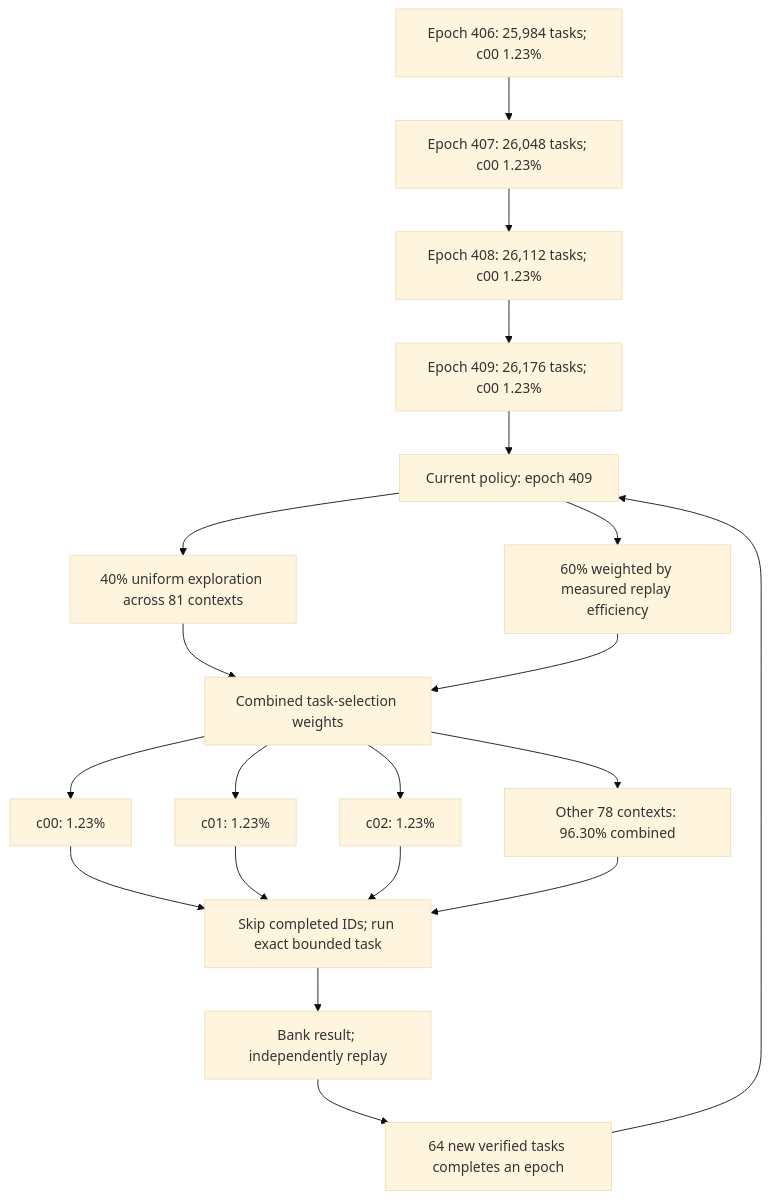
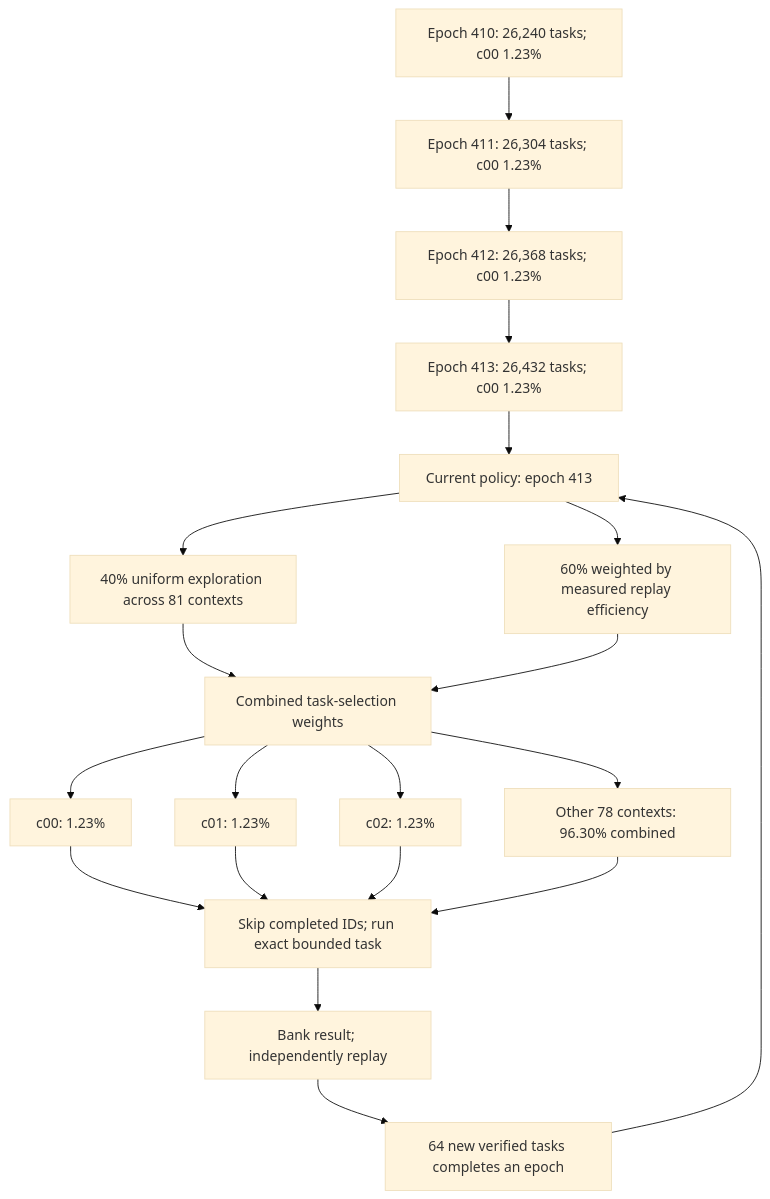
Before and after one commit to Kuberwastaken/math-gambling: the first of 2 diagrams in README.md, drawn with Mermaid (base theme). The commit also changed other lines of this file and 593 other files, not shown here.

````diff
--- a/README.md
+++ b/README.md
@@ -50,27 +50,27 @@
 ```mermaid
 flowchart TD
-    H0["Epoch 406: 25,984 tasks; c00 1.23%"]
-    H1["Epoch 407: 26,048 tasks; c00 1.23%"]
+    H0["Epoch 410: 26,240 tasks; c00 1.23%"]
+    H1["Epoch 411: 26,304 tasks; c00 1.23%"]
     H0 --> H1
-    H2["Epoch 408: 26,112 tasks; c00 1.23%"]
+    H2["Epoch 412: 26,368 tasks; c00 1.23%"]
     H1 --> H2
-    H3["Epoch 409: 26,176 tasks; c00 1.23%"]
+    H3["Epoch 413: 26,432 tasks; c00 1.23%"]
     H2 --> H3
-    Policy["Current policy: epoch 409"]
+    Policy["Current policy: epoch 413"]
     H3 --> Policy
     Policy --> Explore["40% uniform exploration across 81 contexts"]
     Policy --> Cost["60% weighted by measured replay efficiency"]
     Explore --> Mix["Combined task-selection weights"]
     Cost --> Mix
     Mix --> C0["c00: 1.23%"]
     Mix --> C1["c01: 1.23%"]
     Mix --> C2["c02: 1.23%"]
     Mix --> Rest["Other 78 contexts: 96.30% combined"]
     C0 --> Check["Skip completed IDs; run exact bounded task"]
     C1 --> Check
     C2 --> Check
     Rest --> Check
     Check --> Replay["Bank result; independently replay"]
     Replay --> Gate["64 new verified tasks completes an epoch"]
     Gate --> Policy
 ```
````
